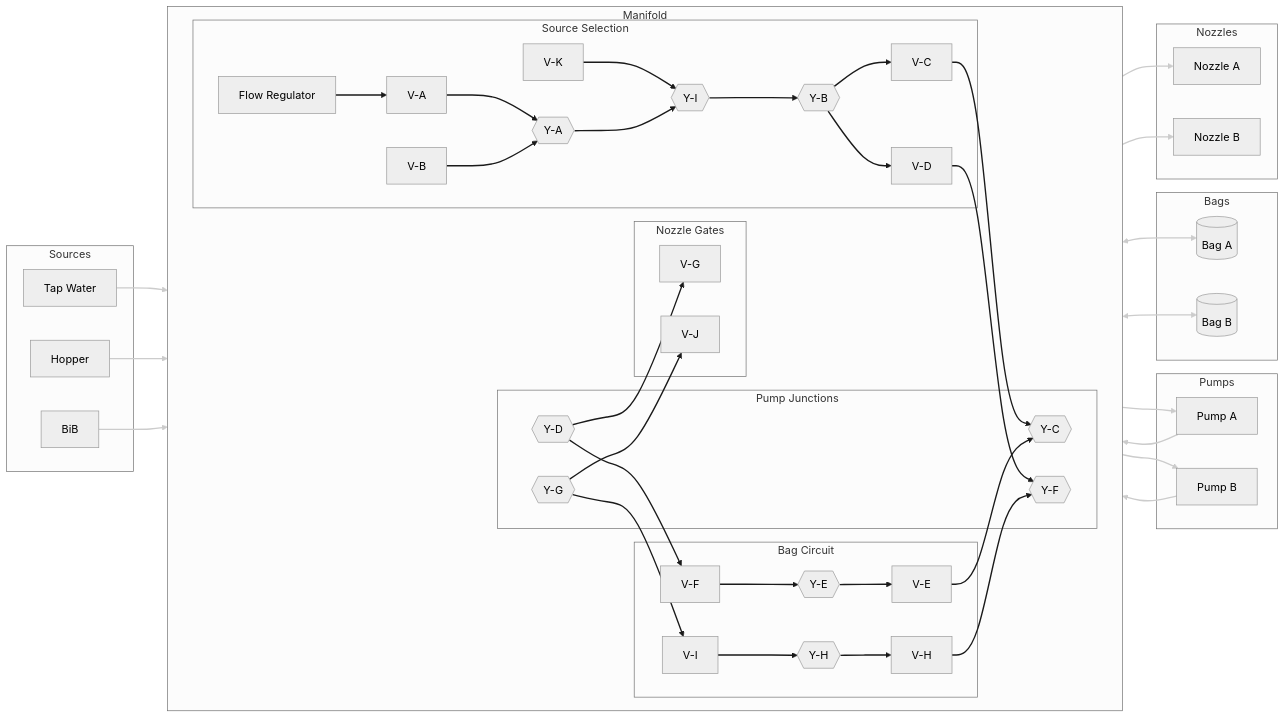
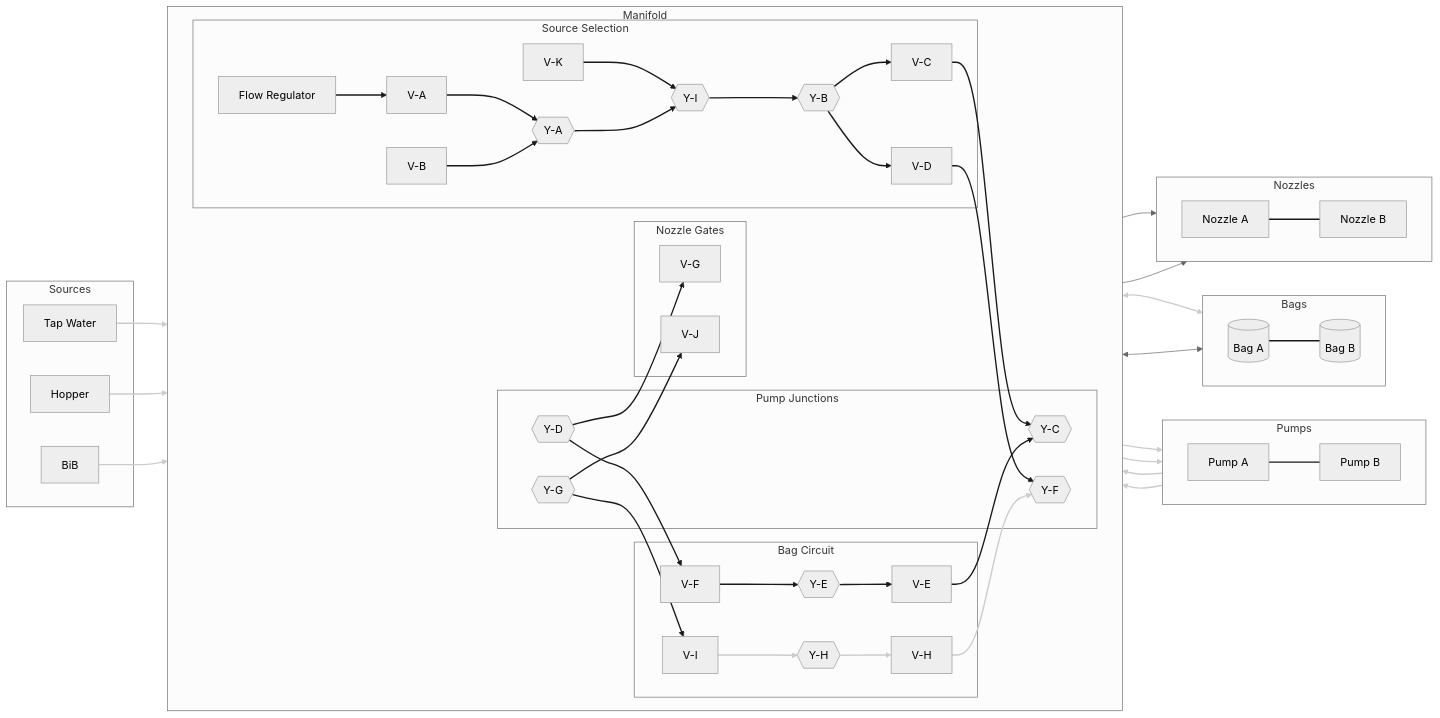
One commit to derekbreden/soda-flavor-injector changed the diagram in hardware/topology/fluid-topology-manifold.mmd. Above: the diagram before and after it, drawn with Mermaid (neutral theme).

Commit message:
Make remote component subgroups horizontal
Use invisible links (~~~) to force Pumps, Bags, and Nozzles to
lay out side-by-side instead of stacking vertically.

```diff
--- a/hardware/topology/fluid-topology-manifold.mmd
+++ b/hardware/topology/fluid-topology-manifold.mmd
@@ -1,112 +1,112 @@
 flowchart LR
 
   %% =========================
   %% Remote components
   %% =========================
   subgraph Sources["Sources"]
     Tap["Tap Water"]
     Hopper["Hopper"]
     BiB["BiB"]
   end
 
   subgraph Pumps["Pumps"]
-    PA["Pump A"]
-    PB["Pump B"]
+    direction LR
+    PA["Pump A"] ~~~ PB["Pump B"]
   end
 
   subgraph Bags["Bags"]
-    BagA[("Bag A")]
-    BagB[("Bag B")]
+    direction LR
+    BagA[("Bag A")] ~~~ BagB[("Bag B")]
   end
 
   subgraph Nozzles["Nozzles"]
-    NozzleA["Nozzle A"]
-    NozzleB["Nozzle B"]
+    direction LR
+    NozzleA["Nozzle A"] ~~~ NozzleB["Nozzle B"]
   end
 
   %% =========================
   %% Manifold
   %% =========================
   subgraph Manifold["Manifold"]
     direction LR
 
     subgraph SourceSelection["Source Selection"]
       Reg["Flow Regulator"]
       VA["V-A"]
       VB["V-B"]
       VK["V-K"]
       YA{{"Y-A"}}
       YI{{"Y-I"}}
       YB{{"Y-B"}}
       VC["V-C"]
       VD["V-D"]
     end
 
     subgraph MfPumps["Pump Junctions"]
       YC{{"Y-C"}}
       YD{{"Y-D"}}
       YF{{"Y-F"}}
       YG{{"Y-G"}}
     end
 
     subgraph MfNozzles["Nozzle Gates"]
       VG["V-G"]
       VJ["V-J"]
     end
 
     subgraph MfBags["Bag Circuit"]
       VE["V-E"]
       YE{{"Y-E"}}
       VF["V-F"]
       VH["V-H"]
       YH{{"Y-H"}}
       VI["V-I"]
     end
 
     %% Source Selection connections
     Reg --> VA
     VA --> YA
     VB --> YA
     VK --> YI
     YA --> YI
     YI --> YB
     YB --> VC
     YB --> VD
 
     %% Pump Junctions connections
     VC --> YC
     VD --> YF
     YD --> VG
     YD --> VF
     YG --> VJ
     YG --> VI
 
     %% Bag Circuit connections
     VE --> YC
     VF --> YE
     YE --> VE
     VH --> YF
     VI --> YH
     YH --> VH
   end
 
   %% =========================
   %% Tube runs (manifold ↔ remote)
   %% =========================
   Tap --> Reg
   Hopper --> VB
   BiB --> VK
 
   YC --> PA --> YD
   YF --> PB --> YG
 
   YE <--> BagA
   YH <--> BagB
 
   VG --> NozzleA
   VJ --> NozzleB
 
   %% Manifold internals
   linkStyle 0,1,2,3,4,5,6,7,8,9,10,11,12,13,14,15,16,17,18,19 stroke:#1a1a1a,stroke-width:2px
   %% Tube runs to remote components
   linkStyle 20,21,22,23,24,25,26,27,28,29,30 stroke:#ccc,stroke-width:2px
```
